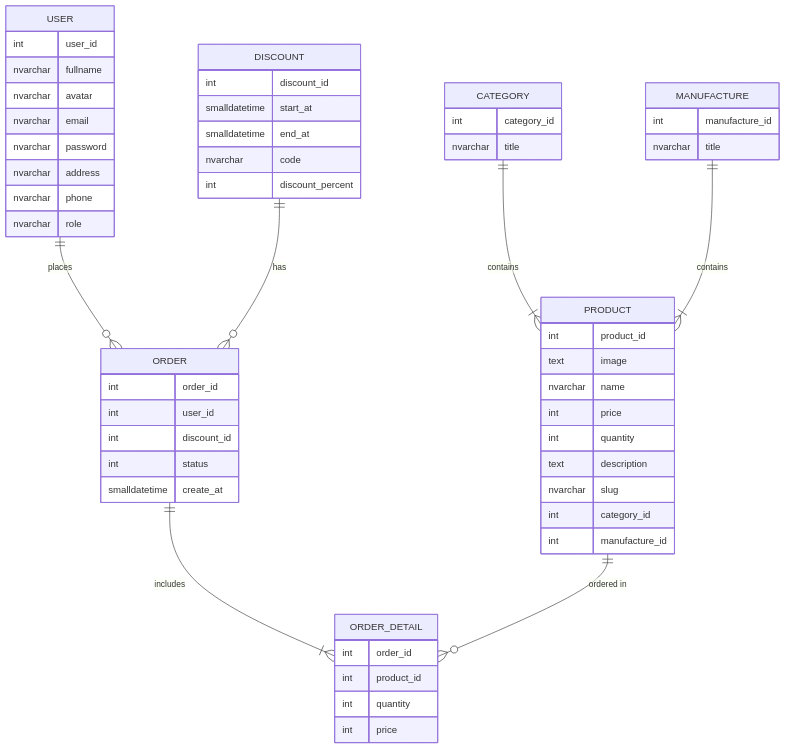
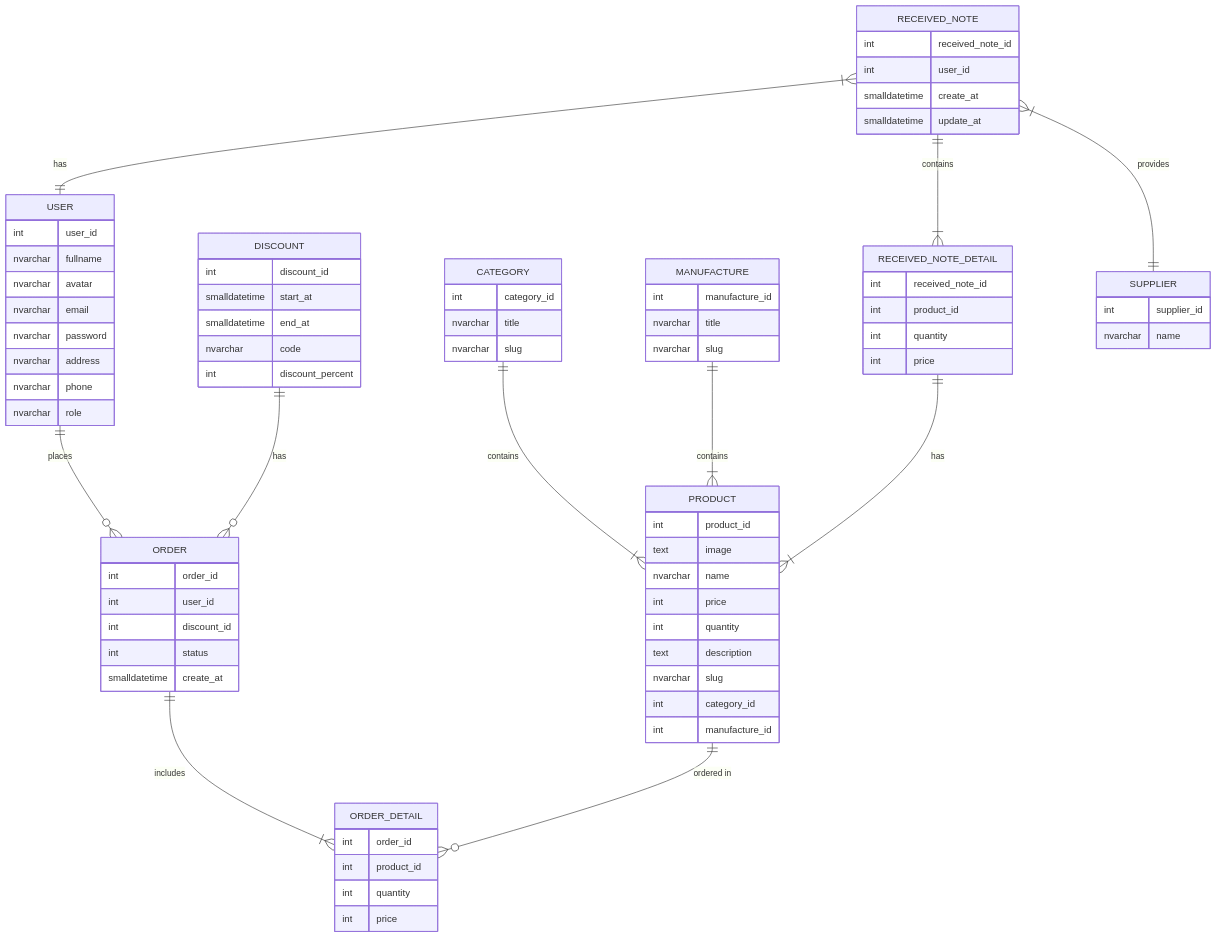
The diagram in Readme.md (justafoolish/blazor-wasm-ecommerce), drawn with Mermaid before and after one commit. The commit also changed 71 other files, not shown here.

````diff
--- a/Readme.md
+++ b/Readme.md
@@ -3,60 +3,81 @@
 ```mermaid
 erDiagram
           USER {
               int user_id
               nvarchar fullname
               nvarchar avatar
               nvarchar email
               nvarchar password
               nvarchar address
               nvarchar phone
               nvarchar role
-
           }
           ORDER {
               int order_id
               int user_id 
               int discount_id
               int status
               smalldatetime create_at
           }
           ORDER_DETAIL {
               int order_id
               int product_id
               int quantity
               int price
           }
           DISCOUNT {
               int discount_id
               smalldatetime start_at
               smalldatetime end_at
               nvarchar code
               int discount_percent
           }
           CATEGORY {
               int category_id
               nvarchar title
+              nvarchar slug
           }
           MANUFACTURE {
               int manufacture_id
               nvarchar title
+              nvarchar slug
           }
           PRODUCT {
               int product_id
               text image
               nvarchar name
               int price
               int quantity
               text description
               nvarchar slug
               int category_id
               int manufacture_id
-
+          }
+          RECEIVED_NOTE {
+              int received_note_id
+              int user_id
+              smalldatetime create_at
+              smalldatetime update_at
+          }
+          RECEIVED_NOTE_DETAIL {
+              int received_note_id
+              int product_id
+              int quantity
+              int price
+          }
+          SUPPLIER {
+              int supplier_id
+              nvarchar name
           }
           USER ||--o{ ORDER : places
           DISCOUNT ||--o{ ORDER : has
           ORDER ||--|{ ORDER_DETAIL : includes
           PRODUCT ||--o{ ORDER_DETAIL : "ordered in"
           CATEGORY ||--|{ PRODUCT : contains
           MANUFACTURE ||--|{ PRODUCT : contains
+          RECEIVED_NOTE }|--|| SUPPLIER : provides
+          RECEIVED_NOTE }|--|| USER: has
+          RECEIVED_NOTE ||--|{ RECEIVED_NOTE_DETAIL : contains
+          RECEIVED_NOTE_DETAIL ||--|{ PRODUCT : has
+
 ```
````
